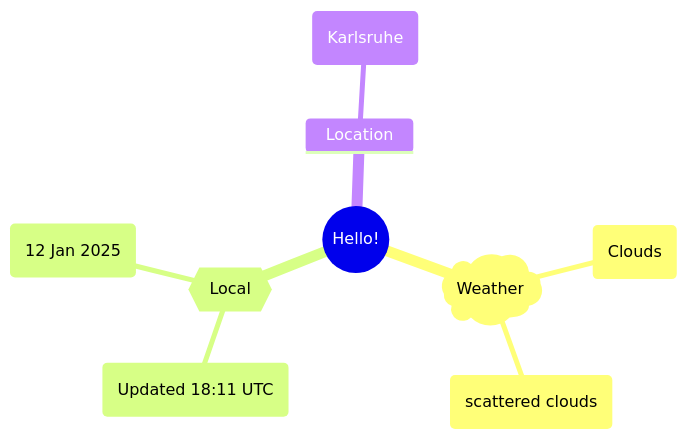
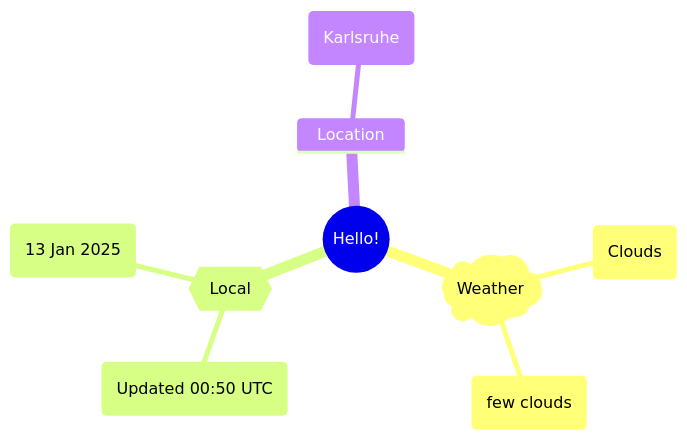
One commit to Xosrov/Xosrov changed the first of 2 diagrams in README.md. Above: the diagram before and after it, drawn with Mermaid.

Commit message:
[bot] updated images

````diff
--- a/README.md
+++ b/README.md
@@ -3,12 +3,12 @@
 ```mermaid
 mindmap
   root((Hello!))
     )Weather(
         (Clouds)
-        (scattered clouds)
+        (few clouds)
     {{Local}}
-        (Updated 18:11 UTC)
-        (12 Jan 2025)
+        (Updated 00:50 UTC)
+        (13 Jan 2025)
     Location
         (Karlsruhe)
 ```
````
